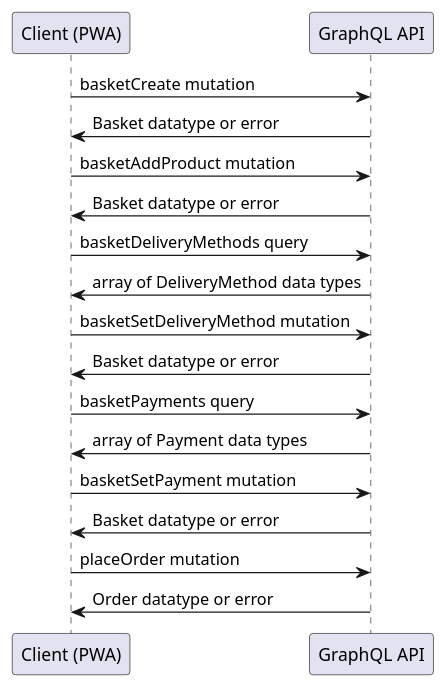
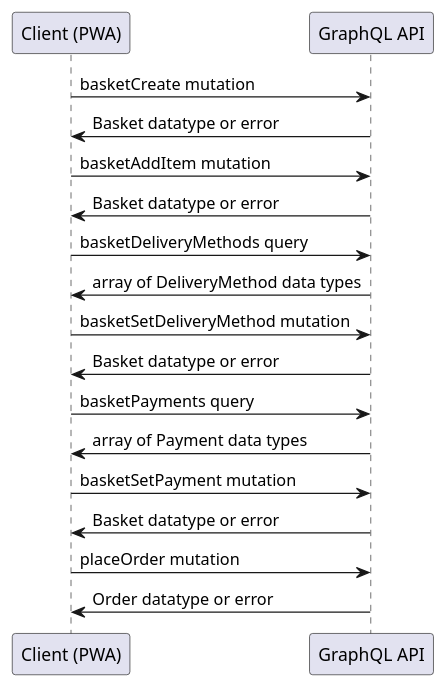
Before and after one commit to OXID-eSales/graphql-base-module: the diagram in docs/consuming/PlaceOrder.rst, drawn with PlantUML. The commit also changed other lines of this file, not shown here.

First line of the commit message:
Replaced basketAddProduct with basketAddItem.

```diff
--- a/docs/consuming/PlaceOrder.rst
+++ b/docs/consuming/PlaceOrder.rst
@@ -26,17 +26,17 @@
 .. uml::
    :align: center
 
    "Client (PWA)" -> "GraphQL API": basketCreate mutation
    "Client (PWA)" <- "GraphQL API": Basket datatype or error
-   "Client (PWA)" -> "GraphQL API": basketAddProduct mutation
+   "Client (PWA)" -> "GraphQL API": basketAddItem mutation
    "Client (PWA)" <- "GraphQL API": Basket datatype or error
    "Client (PWA)" -> "GraphQL API": basketDeliveryMethods query
    "Client (PWA)" <- "GraphQL API": array of DeliveryMethod data types
    "Client (PWA)" -> "GraphQL API": basketSetDeliveryMethod mutation
    "Client (PWA)" <- "GraphQL API": Basket datatype or error
    "Client (PWA)" -> "GraphQL API": basketPayments query
    "Client (PWA)" <- "GraphQL API": array of Payment data types
    "Client (PWA)" -> "GraphQL API": basketSetPayment mutation
    "Client (PWA)" <- "GraphQL API": Basket datatype or error
    "Client (PWA)" -> "GraphQL API": placeOrder mutation
    "Client (PWA)" <- "GraphQL API": Order datatype or error
```
